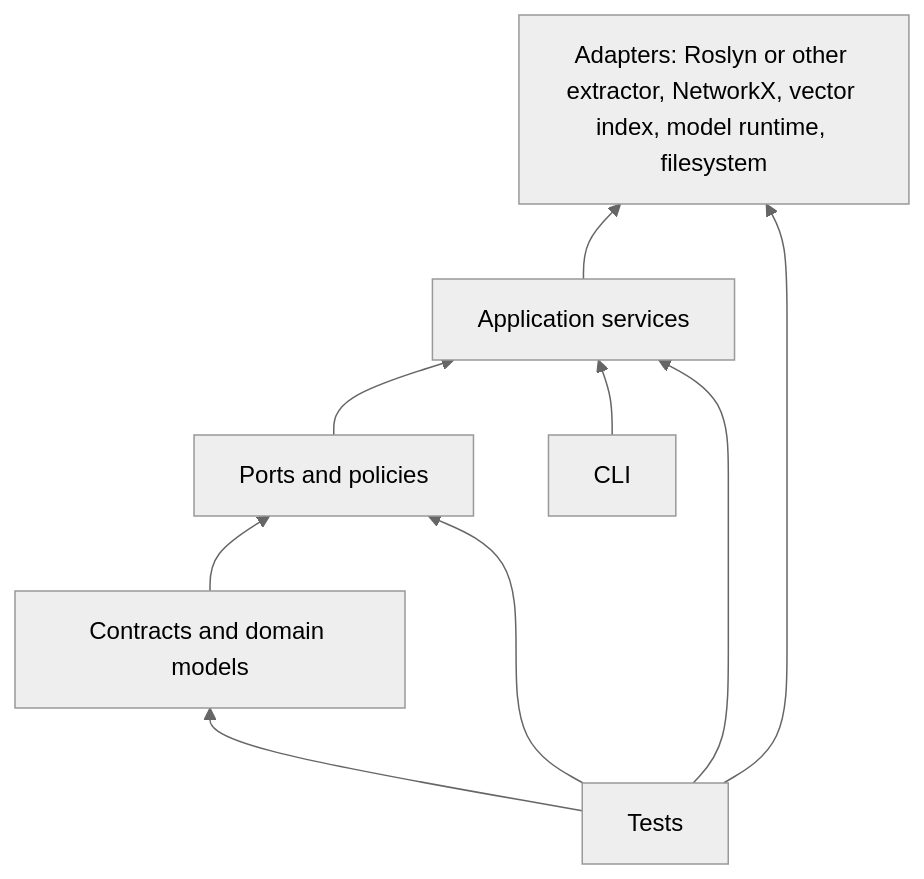
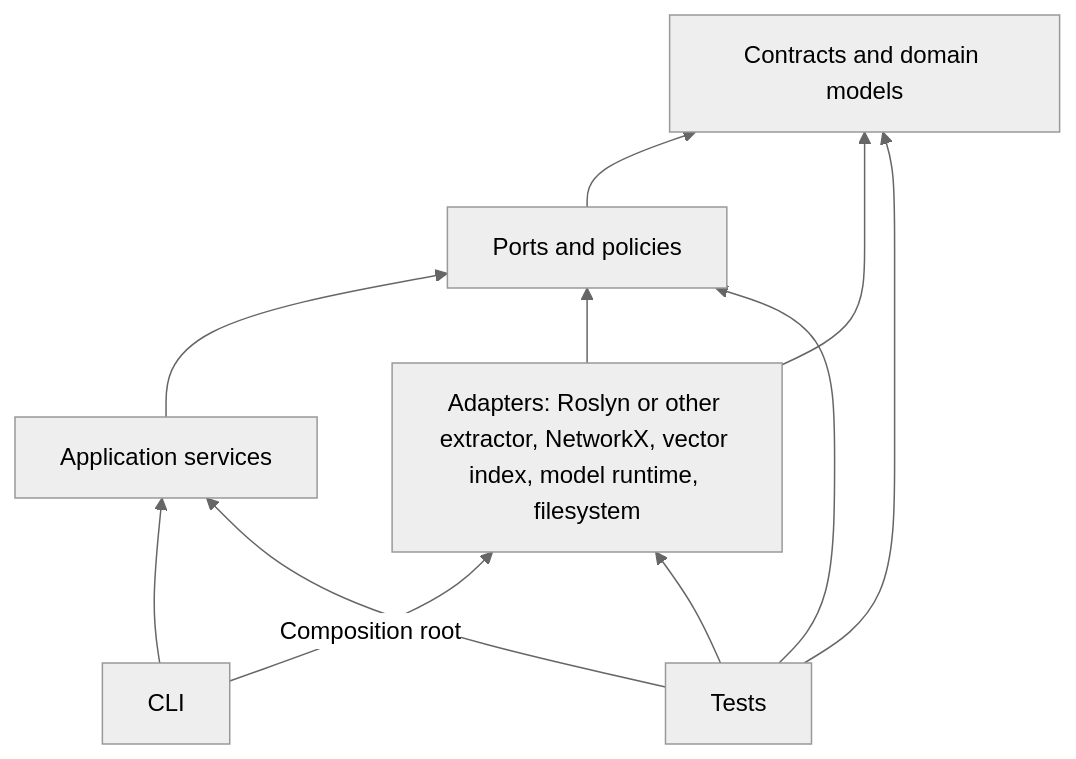
Before and after one commit to LeVortic/archie-graphs: the fifth of 5 diagrams in ARCHITECTURE.md, drawn with Mermaid (neutral theme). The commit also changed other lines of this file and 3 other files, not shown here.

First line of the commit message:
docs(architecture & V1 portability)

````diff
--- a/ARCHITECTURE.md
+++ b/ARCHITECTURE.md
@@ -132,15 +144,16 @@
 ```mermaid
 flowchart BT
     Contracts[Contracts and domain models]
     Ports[Ports and policies]
     Application[Application services]
     Adapters[Adapters: Roslyn or other extractor, NetworkX, vector index, model runtime, filesystem]
     CLI[CLI]
     Tests[Tests]
 
-    Contracts --> Ports
-    Ports --> Application
-    Application --> Adapters
+    Ports --> Contracts
+    Application --> Ports
+    Adapters --> Ports & Contracts
     CLI --> Application
+    CLI -->|Composition root| Adapters
     Tests --> Contracts & Ports & Application & Adapters
 ```
````
